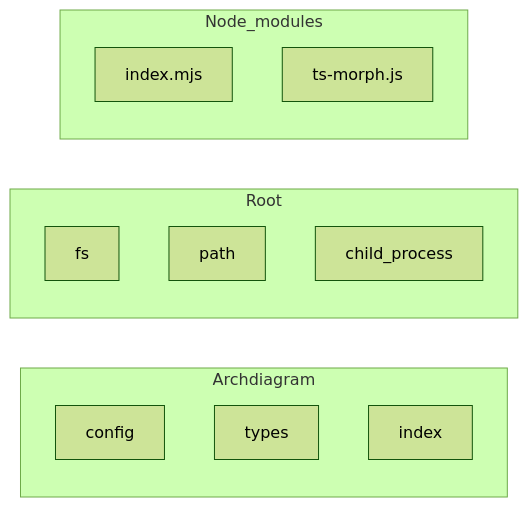
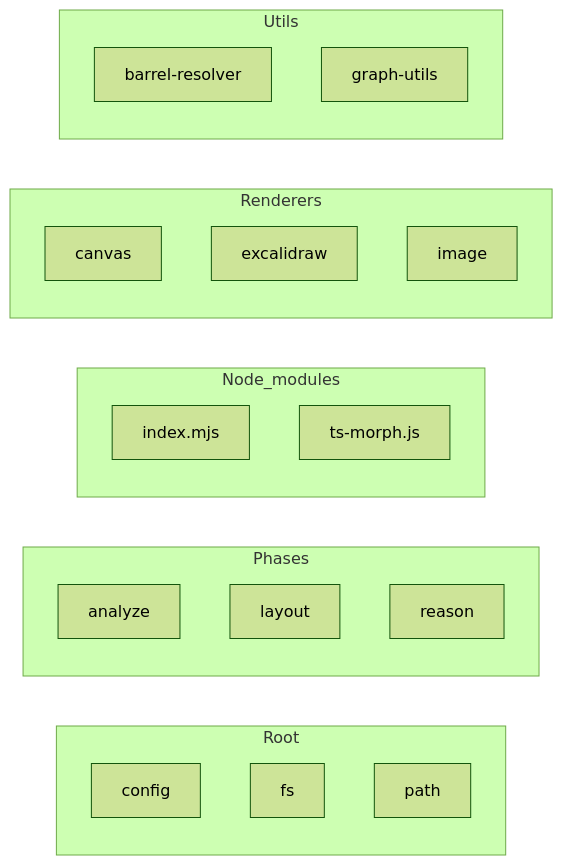
The diagram in docs/architecture/system-overview.md (cedric-albeke/llm-diagrams), drawn with Mermaid (forest theme) before and after one commit. The commit also changed 4 other files, not shown here.

Commit message:
fix: point default config srcDir at scripts/archdiagram (repo's own source)

````diff
--- a/docs/architecture/system-overview.md
+++ b/docs/architecture/system-overview.md
@@ -3,18 +3,27 @@
 ```mermaid
 graph LR
-  subgraph archdiagram["Archdiagram"]
-    archdiagram_config["config"]
-    archdiagram_types["types"]
-    archdiagram_index["index"]
-  end
   subgraph root["Root"]
+    config["config"]
     fs["fs"]
     path["path"]
-    child_process["child_process"]
+  end
+  subgraph phases["Phases"]
+    phases_analyze["analyze"]
+    phases_layout["layout"]
+    phases_reason["reason"]
   end
   subgraph node_modules["Node_modules"]
     node_modules_dependency_cruiser_src_main_index_mjs["index.mjs"]
     node_modules_dependency_cruiser_src_main_index_mjs["index.mjs"]
     node_modules_ts_morph_dist_ts_morph_js["ts-morph.js"]
   end
+  subgraph renderers["Renderers"]
+    renderers_canvas["canvas"]
+    renderers_excalidraw["excalidraw"]
+    renderers_image["image"]
+  end
+  subgraph utils["Utils"]
+    utils_barrel_resolver["barrel-resolver"]
+    utils_graph_utils["graph-utils"]
+  end
 ```
````
